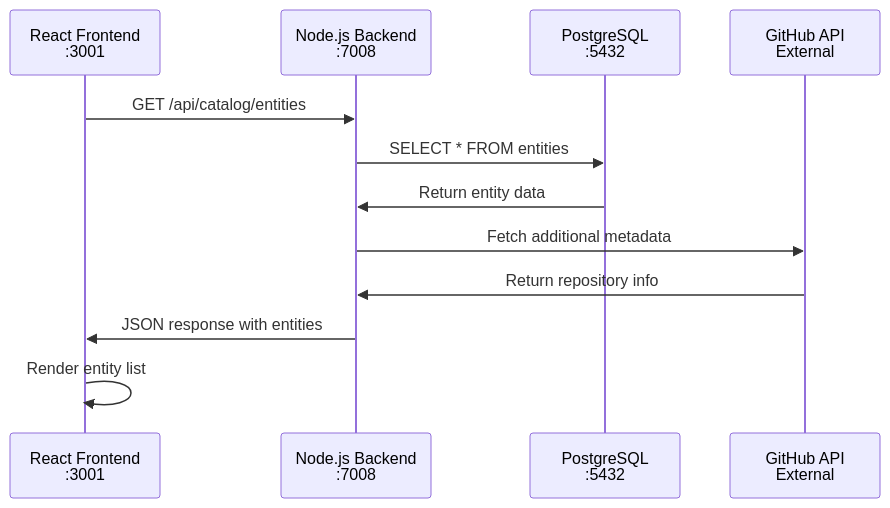
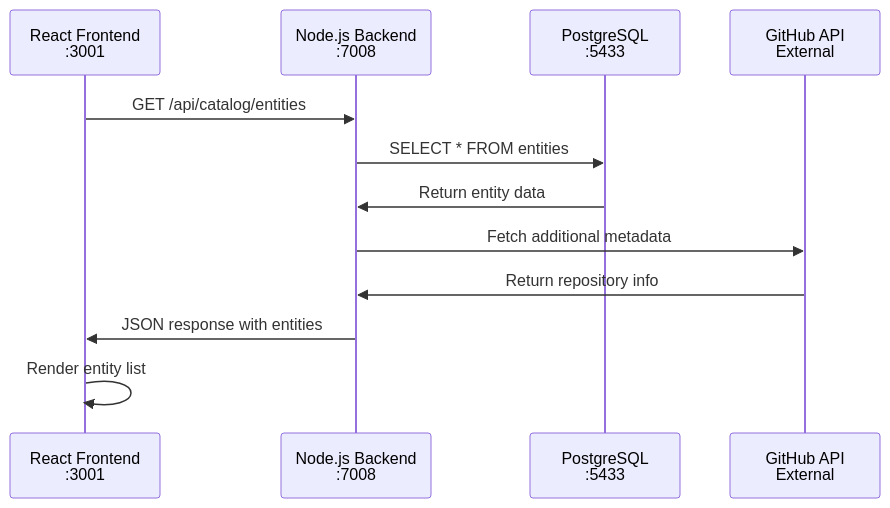
Before and after one commit to Portfolio-jaime/backstage-app-devc: the third of 3 diagrams in docs/ARCHITECTURE.md, drawn with Mermaid. The commit also changed other lines of this file and 25 other files, not shown here.

````diff
--- a/docs/ARCHITECTURE.md
+++ b/docs/ARCHITECTURE.md
@@ -199,15 +204,15 @@
 ```mermaid
 sequenceDiagram
     participant Frontend as React Frontend<br/>:3001
     participant Backend as Node.js Backend<br/>:7008
-    participant Database as PostgreSQL<br/>:5432
+    participant Database as PostgreSQL<br/>:5433
     participant GitHub as GitHub API<br/>External
 
     Frontend->>Backend: GET /api/catalog/entities
     Backend->>Database: SELECT * FROM entities
     Database->>Backend: Return entity data
     Backend->>GitHub: Fetch additional metadata
     GitHub->>Backend: Return repository info
     Backend->>Frontend: JSON response with entities
     Frontend->>Frontend: Render entity list
 ```
````
